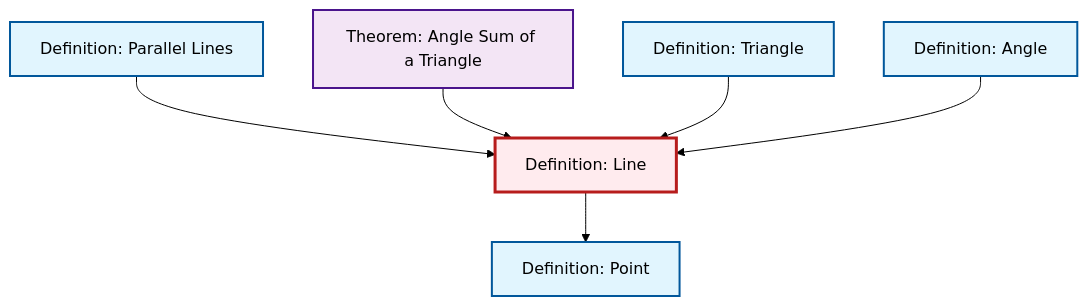
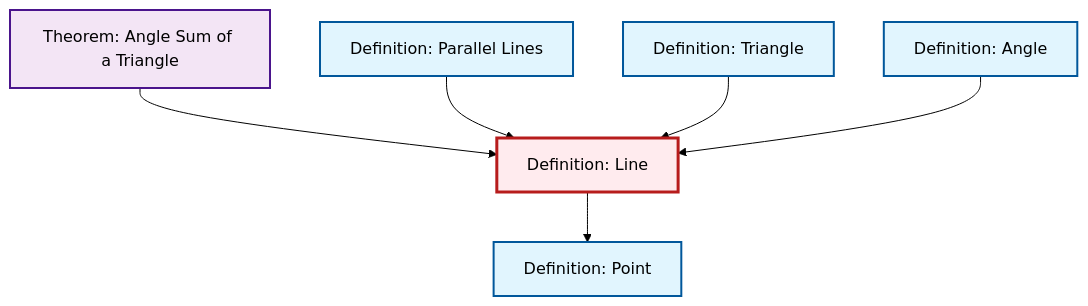
One commit to RK0429/ModernMath changed the diagram in content/ja/geometry/def-line.qmd. Above: the diagram before and after it, drawn with Mermaid (forest theme). The commit also changed other lines of this file and 597 other files, not shown here.

````diff
--- a/content/ja/geometry/def-line.qmd
+++ b/content/ja/geometry/def-line.qmd
@@ -46,26 +46,26 @@
 ```{mermaid}
 %%| fig-cap: "Local dependency graph"
 graph TD
     classDef definition fill:#e1f5fe,stroke:#01579b,stroke-width:2px
     classDef theorem fill:#f3e5f5,stroke:#4a148c,stroke-width:2px
     classDef axiom fill:#fff3e0,stroke:#e65100,stroke-width:2px
     classDef example fill:#e8f5e9,stroke:#1b5e20,stroke-width:2px
     classDef current fill:#ffebee,stroke:#b71c1c,stroke-width:3px
-    def-point["Definition: Point"]:::definition
+    thm-angle-sum-triangle["Theorem: Angle Sum of a Triangle"]:::theorem
     def-triangle["Definition: Triangle"]:::definition
     def-line["Definition: Line"]:::definition
-    thm-angle-sum-triangle["Theorem: Angle Sum of a Triangle"]:::theorem
     def-angle["Definition: Angle"]:::definition
     def-parallel["Definition: Parallel Lines"]:::definition
+    def-point["Definition: Point"]:::definition
+    thm-angle-sum-triangle --> def-line
     def-parallel --> def-line
-    thm-angle-sum-triangle --> def-line
+    def-line --> def-point
     def-triangle --> def-line
-    def-line --> def-point
     def-angle --> def-line
     class def-line current
-    click def-point "def-point.html" "Definition: Pointへ"
+    click thm-angle-sum-triangle "thm-angle-sum-triangle.html" "Theorem: Angle Sum of a Triangleへ"
     click def-triangle "def-triangle.html" "Definition: Triangleへ"
-    click thm-angle-sum-triangle "thm-angle-sum-triangle.html" "Theorem: Angle Sum of a Triangleへ"
     click def-angle "def-angle.html" "Definition: Angleへ"
     click def-parallel "def-parallel.html" "Definition: Parallel Linesへ"
+    click def-point "def-point.html" "Definition: Pointへ"
 ```
````
